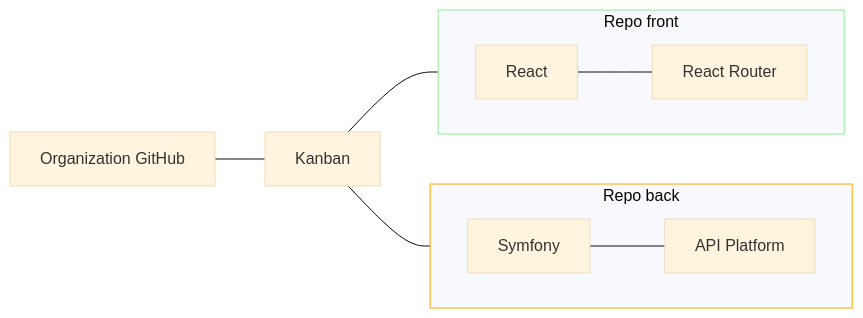
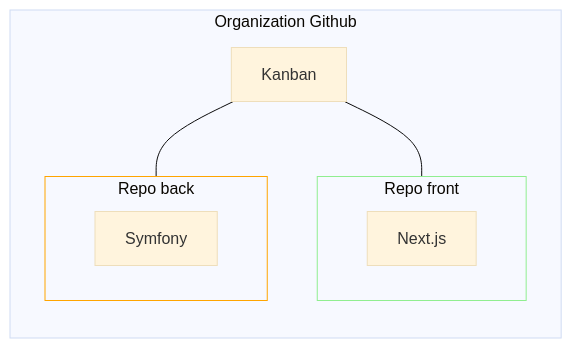
The fourth of 8 diagrams in README.md (sximenez/2023-10-oct-hackathon-doc), drawn with Mermaid (base theme) before and after one commit. The commit also changed other lines of this file and 1 other file, not shown here.

````diff
--- a/README.md
+++ b/README.md
@@ -114,21 +184,23 @@
 ```mermaid
 graph LR
-0[Organization GitHub] --- Kanban
+subgraph Organization Github
+Kanban
 
 subgraph A[Repo front]
 direction LR
-React --- 1[React Router]
+Next.js
 end
 
 subgraph B[Repo back]
 direction LR
-Symfony --- 2[API Platform]
+Symfony
+end
 end
 
 Kanban --- A[Repo front]
 Kanban --- B[Repo back]
 
 style A stroke:lightgreen
 style B stroke:orange
 
 ```
````
